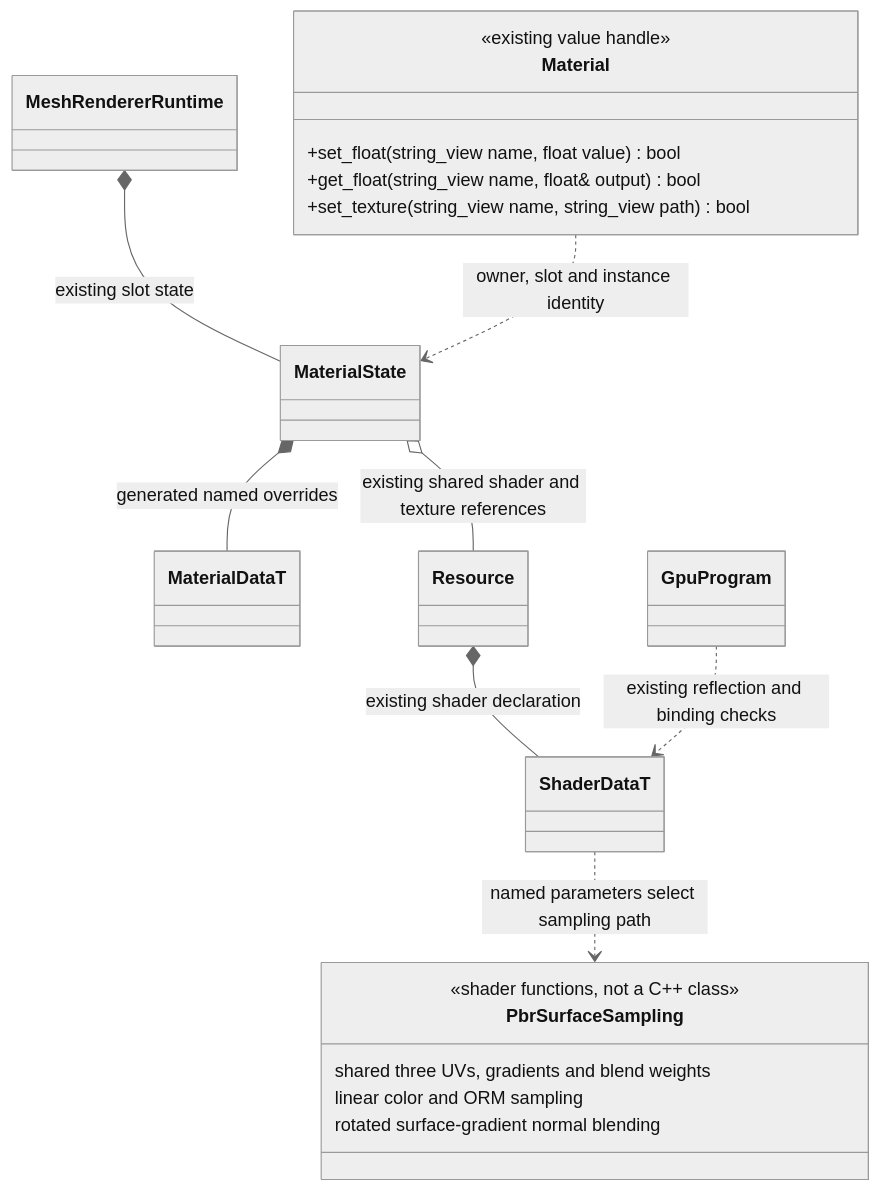
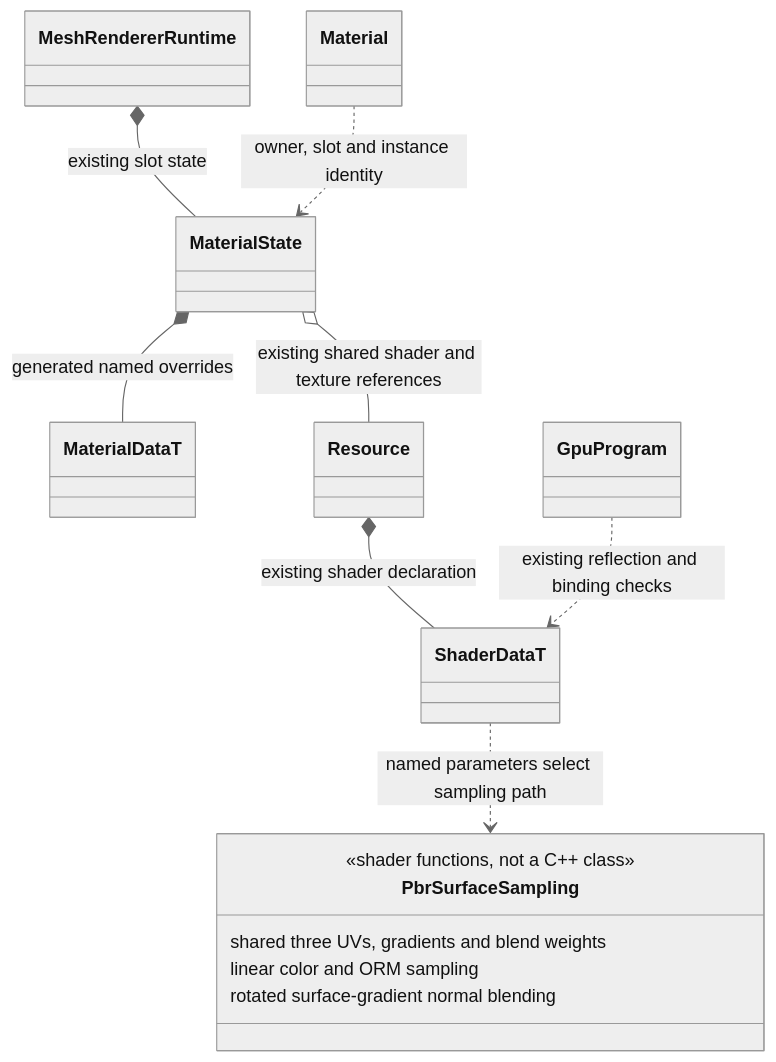
The second of 2 diagrams in docs/runtime/class-diagrams/atmosphere-hex-material.md (lcals/Engine), drawn with Mermaid (neutral theme) before and after one commit. The commit also changed other lines of this file and 222 other files, not shown here.

Commit message:
Consolidate editor asset imports and align architecture documentation

````diff
--- a/docs/runtime/class-diagrams/atmosphere-hex-material.md
+++ b/docs/runtime/class-diagrams/atmosphere-hex-material.md
@@ -132,28 +127,23 @@
 ```mermaid
 classDiagram
-    class Material {
-        <<existing value handle>>
-        +set_float(string_view name, float value) bool
-        +get_float(string_view name, float& output) bool
-        +set_texture(string_view name, string_view path) bool
-    }
+    class Material
     class MaterialState
     class MaterialDataT
     class ShaderDataT
     class MeshRendererRuntime
     class Resource
     class GpuProgram
     class PbrSurfaceSampling {
         <<shader functions, not a C++ class>>
         shared three UVs, gradients and blend weights
         linear color and ORM sampling
         rotated surface-gradient normal blending
     }
     MeshRendererRuntime *-- MaterialState : existing slot state
     Material ..> MaterialState : owner, slot and instance identity
     MaterialState *-- MaterialDataT : generated named overrides
     MaterialState o-- Resource : existing shared shader and texture references
     Resource *-- ShaderDataT : existing shader declaration
     ShaderDataT ..> PbrSurfaceSampling : named parameters select sampling path
     GpuProgram ..> ShaderDataT : existing reflection and binding checks
 ```
````
